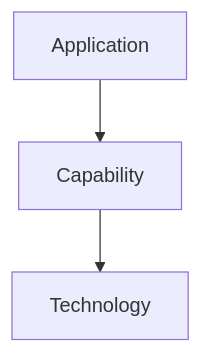
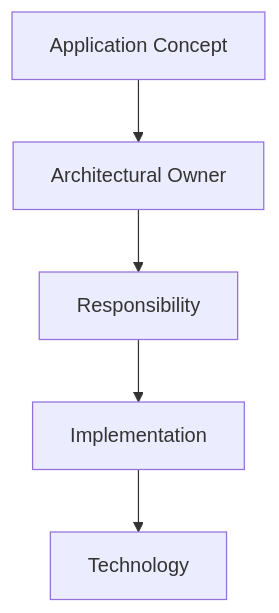
One commit to kjvonly/kjvonly.bible changed the second of 3 diagrams in docs/00_principles/005-capabilities-before-technologies.md. Above: the diagram before and after it, drawn with Mermaid. The commit also changed other lines of this file, not shown here.

````diff
--- a/docs/00_principles/005-capabilities-before-technologies.md
+++ b/docs/00_principles/005-capabilities-before-technologies.md
@@ -64,13 +229,21 @@
 ```mermaid
 flowchart TD
 
-    Application["Application"]
+    Concept["Application Concept"]
 
-    Capability["Capability"]
+    Owner["Architectural Owner"]
+
+    Responsibility["Responsibility"]
+
+    Implementation["Implementation"]
 
     Technology["Technology"]
 
-    Application --> Capability
+    Concept --> Owner
 
-    Capability --> Technology
+    Owner --> Responsibility
+
+    Responsibility --> Implementation
+
+    Implementation --> Technology
 ```
````
